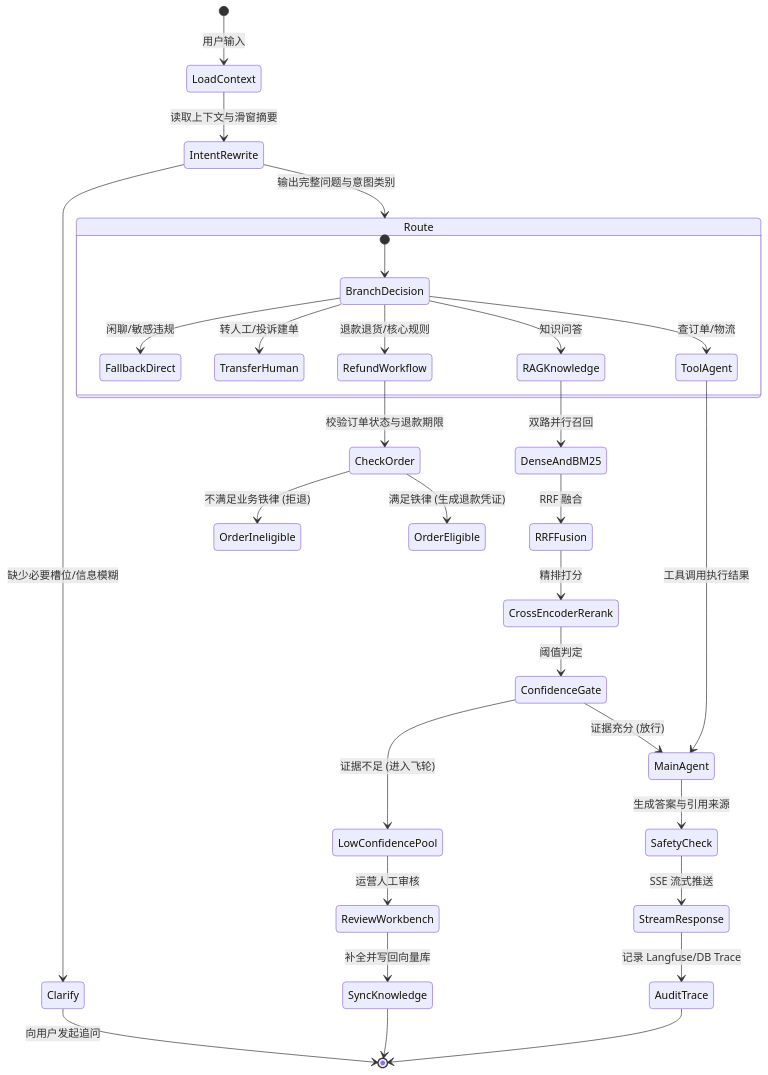
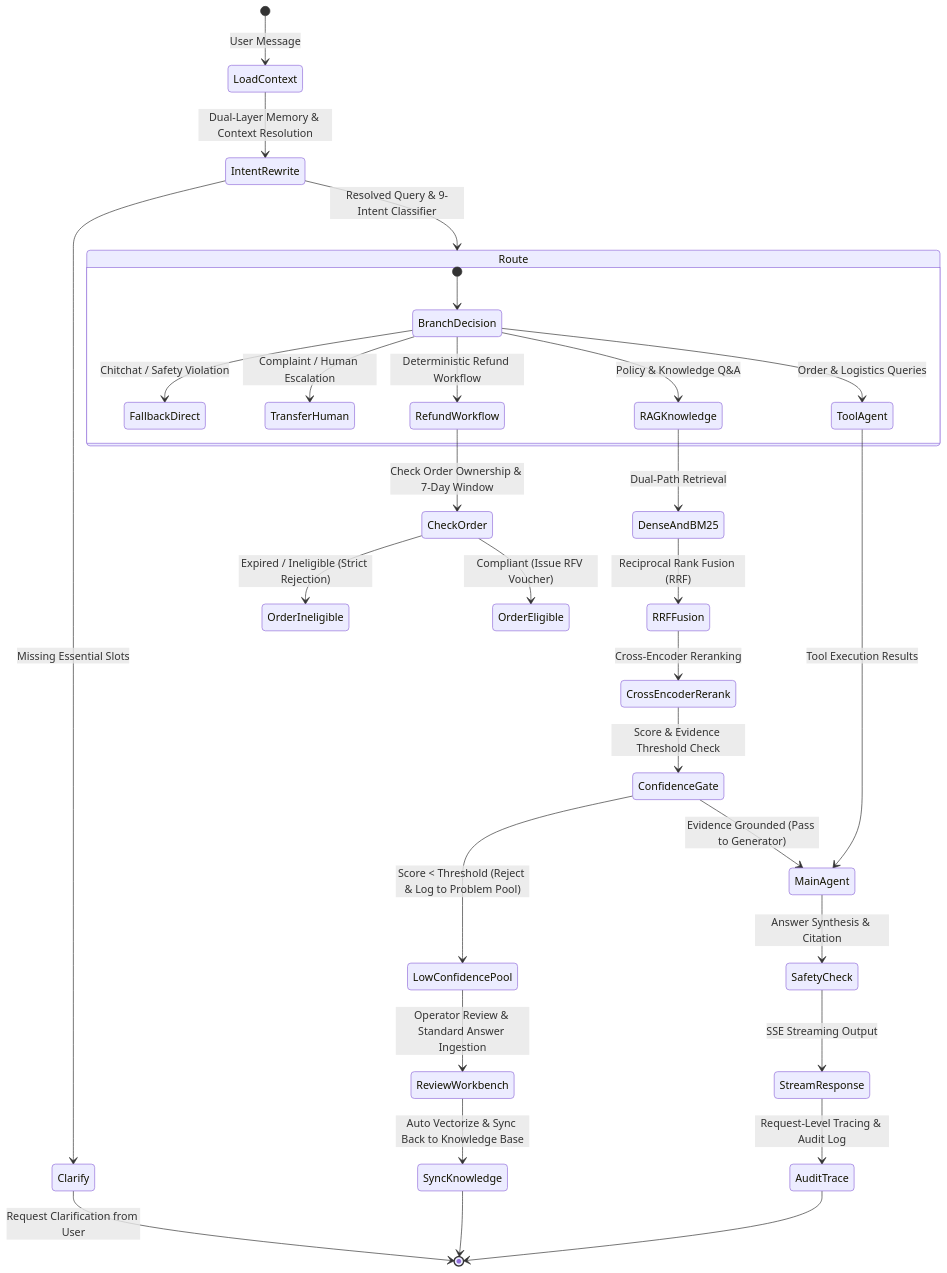
One commit to ZhenweiTang0908/SureDesk changed the diagram in docs/SPEC.md. Above: the diagram before and after it, drawn with Mermaid. The commit also changed other lines of this file and 12 other files, not shown here.

````diff
--- a/docs/SPEC.md
+++ b/docs/SPEC.md
@@ -61,39 +58,39 @@
 ```mermaid
 stateDiagram-v2
-    [*] --> LoadContext: 用户输入
-    LoadContext --> IntentRewrite: 读取上下文与滑窗摘要
-    IntentRewrite --> Clarify: 缺少必要槽位/信息模糊
-    Clarify --> [*]: 向用户发起追问
-    IntentRewrite --> Route: 输出完整问题与意图类别
+    [*] --> LoadContext: User Message
+    LoadContext --> IntentRewrite: Dual-Layer Memory & Context Resolution
+    IntentRewrite --> Clarify: Missing Essential Slots
+    Clarify --> [*]: Request Clarification from User
+    IntentRewrite --> Route: Resolved Query & 9-Intent Classifier
 
     state Route {
         [*] --> BranchDecision
-        BranchDecision --> FallbackDirect: 闲聊/敏感违规
-        BranchDecision --> TransferHuman: 转人工/投诉建单
-        BranchDecision --> RefundWorkflow: 退款退货/核心规则
-        BranchDecision --> RAGKnowledge: 知识问答
-        BranchDecision --> ToolAgent: 查订单/物流
+        BranchDecision --> FallbackDirect: Chitchat / Safety Violation
+        BranchDecision --> TransferHuman: Complaint / Human Escalation
+        BranchDecision --> RefundWorkflow: Deterministic Refund Workflow
+        BranchDecision --> RAGKnowledge: Policy & Knowledge Q&A
+        BranchDecision --> ToolAgent: Order & Logistics Queries
     }
 
-    RefundWorkflow --> CheckOrder: 校验订单状态与退款期限
-    CheckOrder --> OrderIneligible: 不满足业务铁律 (拒退)
-    CheckOrder --> OrderEligible: 满足铁律 (生成退款凭证)
+    RefundWorkflow --> CheckOrder: Check Order Ownership & 7-Day Window
+    CheckOrder --> OrderIneligible: Expired / Ineligible (Strict Rejection)
+    CheckOrder --> OrderEligible: Compliant (Issue RFV Voucher)
 
-    RAGKnowledge --> DenseAndBM25: 双路并行召回
-    DenseAndBM25 --> RRFFusion: RRF 融合
-    RRFFusion --> CrossEncoderRerank: 精排打分
-    CrossEncoderRerank --> ConfidenceGate: 阈值判定
+    RAGKnowledge --> DenseAndBM25: Dual-Path Retrieval
+    DenseAndBM25 --> RRFFusion: Reciprocal Rank Fusion (RRF)
+    RRFFusion --> CrossEncoderRerank: Cross-Encoder Reranking
+    CrossEncoderRerank --> ConfidenceGate: Score & Evidence Threshold Check
 
-    ConfidenceGate --> LowConfidencePool: 证据不足 (进入飞轮)
-    ConfidenceGate --> MainAgent: 证据充分 (放行)
-    ToolAgent --> MainAgent: 工具调用执行结果
+    ConfidenceGate --> LowConfidencePool: Score < Threshold (Reject & Log to Problem Pool)
+    ConfidenceGate --> MainAgent: Evidence Grounded (Pass to Generator)
+    ToolAgent --> MainAgent: Tool Execution Results
 
-    MainAgent --> SafetyCheck: 生成答案与引用来源
-    SafetyCheck --> StreamResponse: SSE 流式推送
-    StreamResponse --> AuditTrace: 记录 Langfuse/DB Trace
+    MainAgent --> SafetyCheck: Answer Synthesis & Citation
+    SafetyCheck --> StreamResponse: SSE Streaming Output
+    StreamResponse --> AuditTrace: Request-Level Tracing & Audit Log
 
-    LowConfidencePool --> ReviewWorkbench: 运营人工审核
-    ReviewWorkbench --> SyncKnowledge: 补全并写回向量库
+    LowConfidencePool --> ReviewWorkbench: Operator Review & Standard Answer Ingestion
+    ReviewWorkbench --> SyncKnowledge: Auto Vectorize & Sync Back to Knowledge Base
     SyncKnowledge --> [*]
     AuditTrace --> [*]
 ```
````
